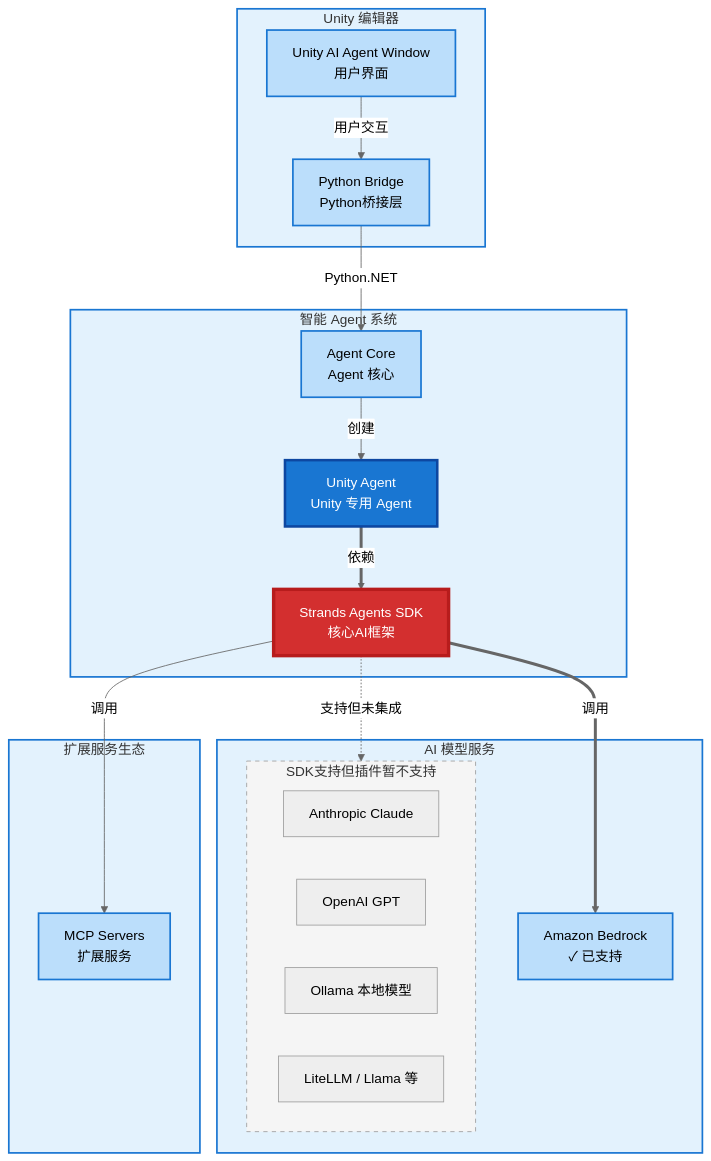
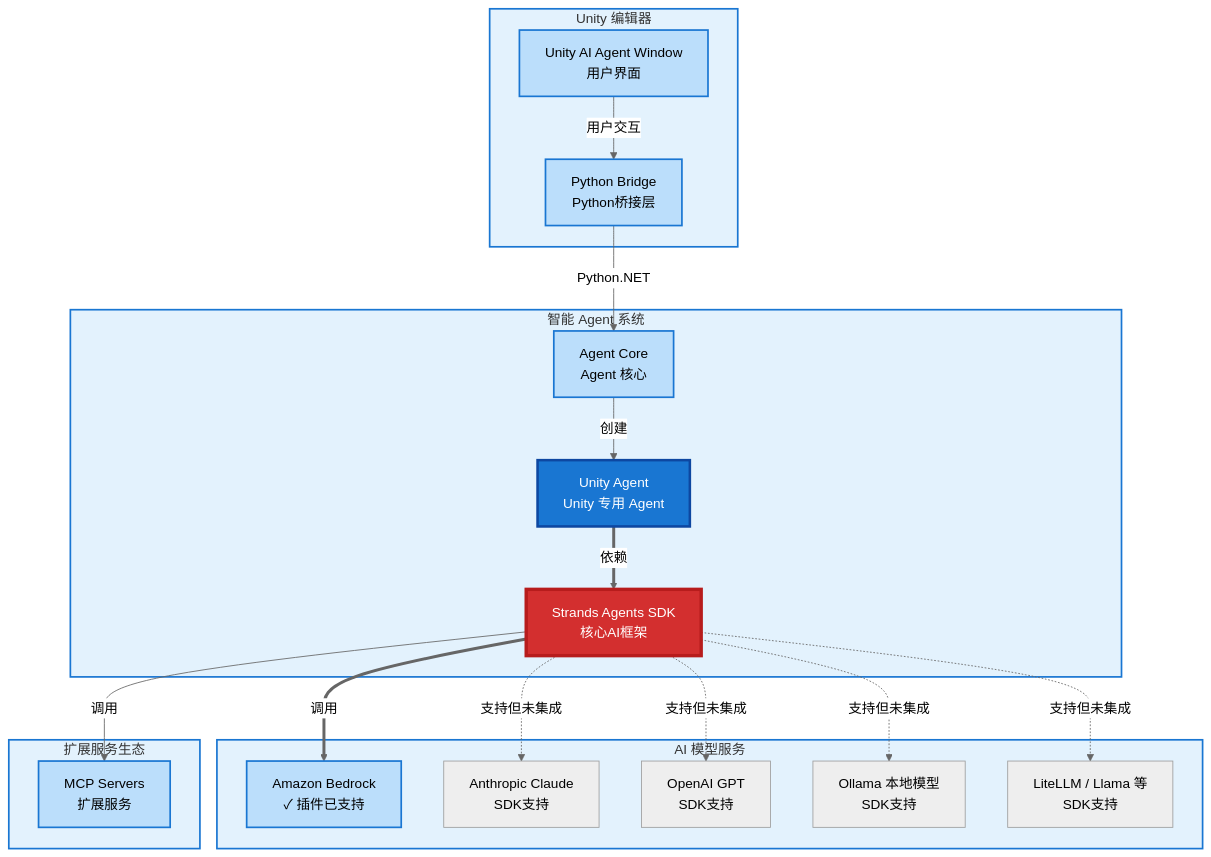
One commit to ddpie/unity-strands-agent changed the first of 2 diagrams in README.md. Above: the diagram before and after it, drawn with Mermaid. The commit also changed other lines of this file, not shown here.

Commit message:
update README.md to enhance AI model service descriptions
- revised terminology for AI model services to clarify plugin and SDK support
- updated visual representation in architecture diagrams for better understanding
- ensured consistency in service labeling across different sections

````diff
--- a/README.md
+++ b/README.md
@@ -53,61 +53,61 @@
 ```mermaid
 %%{init: {'theme':'neutral'}}%%
 graph TD
     subgraph Unity["Unity 编辑器"]
         UI[Unity AI Agent Window<br/>用户界面]
         PB[Python Bridge<br/>Python桥接层]
     end
     
     subgraph AgentPython["智能 Agent 系统"]
         AC[Agent Core<br/>Agent 核心]
         UA[Unity Agent<br/>Unity 专用 Agent]
         SDK[Strands Agents SDK<br/>核心AI框架]
     end
     
     subgraph ModelServices["AI 模型服务"]
-        AWS[Amazon Bedrock<br/>✓ 已支持]
-        subgraph OtherAI[SDK支持但插件暂不支持]
-            ANTHROPIC[Anthropic Claude]
-            OPENAI[OpenAI GPT]
-            OLLAMA[Ollama 本地模型]
-            OTHERS[LiteLLM / Llama 等]
-        end
+        AWS[Amazon Bedrock<br/>✓ 插件已支持]
+        ANTHROPIC[Anthropic Claude<br/>SDK支持]
+        OPENAI[OpenAI GPT<br/>SDK支持]
+        OLLAMA[Ollama 本地模型<br/>SDK支持]
+        OTHERS[LiteLLM / Llama 等<br/>SDK支持]
     end
     
     subgraph MCPServices["扩展服务生态"]
         MCP[MCP Servers<br/>扩展服务]
     end
     
     %% Connections
     UI -->|用户交互| PB
     PB -->|Python.NET| AC
     AC -->|创建| UA
     UA ==>|依赖| SDK
     SDK ==>|调用| AWS
-    SDK -.->|支持但未集成| OtherAI
+    SDK -.->|支持但未集成| ANTHROPIC
+    SDK -.->|支持但未集成| OPENAI
+    SDK -.->|支持但未集成| OLLAMA
+    SDK -.->|支持但未集成| OTHERS
     SDK -->|调用| MCP
     
     %% Subgraph styles
     style Unity fill:#E3F2FD,stroke:#1976D2,stroke-width:2px
     style AgentPython fill:#E3F2FD,stroke:#1976D2,stroke-width:2px
     style ModelServices fill:#E3F2FD,stroke:#1976D2,stroke-width:2px
     style MCPServices fill:#E3F2FD,stroke:#1976D2,stroke-width:2px
     
     %% Node styles - Blue for supported features
     style UI fill:#BBDEFB,stroke:#1976D2,stroke-width:2px
     style PB fill:#BBDEFB,stroke:#1976D2,stroke-width:2px
     style AC fill:#BBDEFB,stroke:#1976D2,stroke-width:2px
     style UA fill:#1976D2,stroke:#0D47A1,stroke-width:3px,color:#FFF
     style AWS fill:#BBDEFB,stroke:#1976D2,stroke-width:2px
     style MCP fill:#BBDEFB,stroke:#1976D2,stroke-width:2px
     
     %% Core SDK - Red for emphasis
     style SDK fill:#D32F2F,stroke:#B71C1C,stroke-width:4px,color:#FFF
     
-    %% Unsupported services - Gray
-    style OtherAI fill:#F5F5F5,stroke:#9E9E9E,stroke-width:1px,stroke-dasharray: 5 5
+    %% SDK Only services - Gray
     style ANTHROPIC fill:#EEEEEE,stroke:#9E9E9E,stroke-width:1px
     style OPENAI fill:#EEEEEE,stroke:#9E9E9E,stroke-width:1px
     style OLLAMA fill:#EEEEEE,stroke:#9E9E9E,stroke-width:1px
     style OTHERS fill:#EEEEEE,stroke:#9E9E9E,stroke-width:1px
 ```
````
